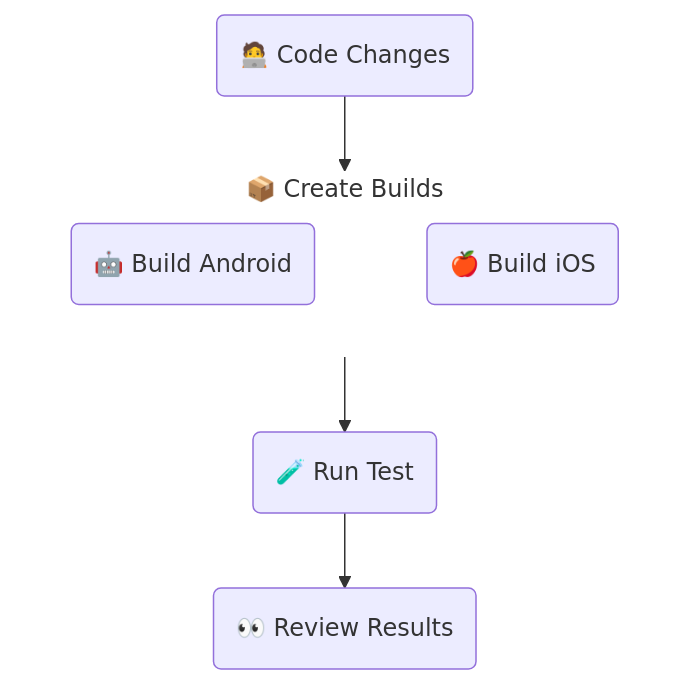
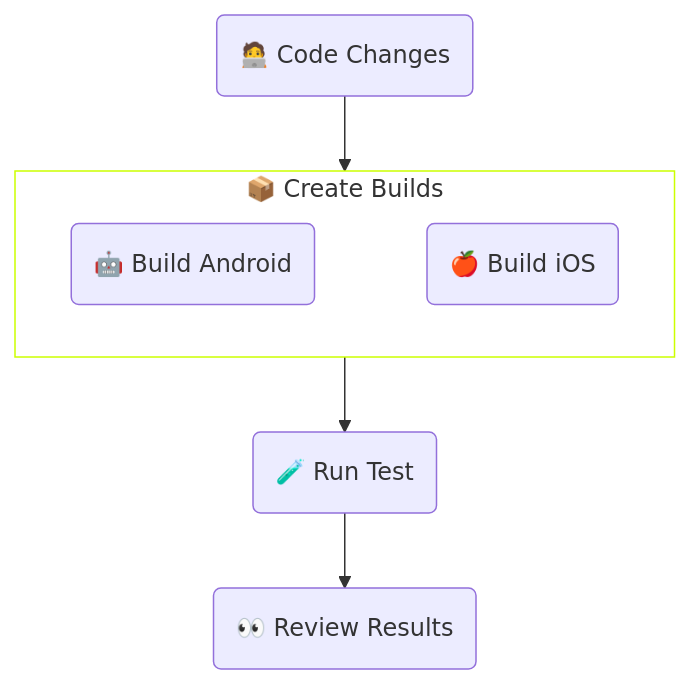
The diagram in examples/standard/README.md (sherlo-io/sherlo), drawn with Mermaid before and after one commit.

Commit message:
no message

````diff
--- a/examples/standard/README.md
+++ b/examples/standard/README.md
@@ -14,16 +14,16 @@
 ```mermaid
 flowchart TB
    UI(🧑‍💻 Code Changes)
    subgraph Build[📦 Create Builds]
       Android(🤖 Build Android)
       iOS(🍎 Build iOS)
       Android ~~~ iOS
-      style Build fill:#00000000,stroke:#00000000
+      style Build fill:#00000000,stroke:#CCFF00
    end
    Test(🧪 Run Test)
    Review(👀 Review Results)
 
    UI --> Build
    Build --> Test
    Test --> Review
 ```
````
